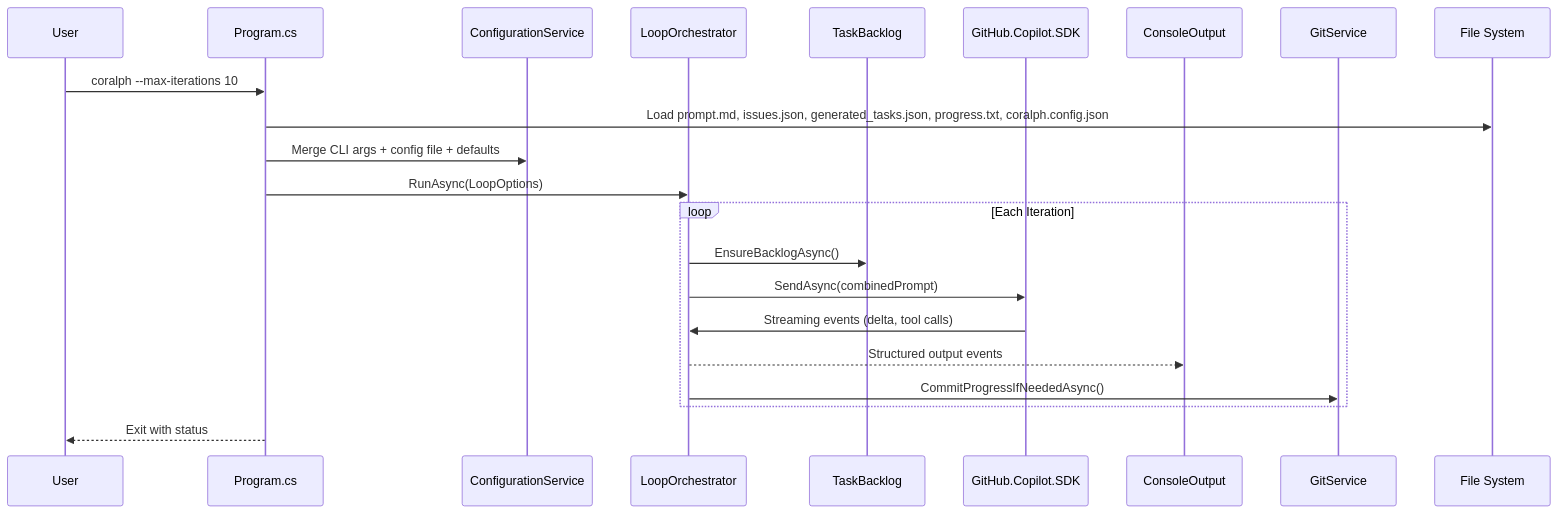
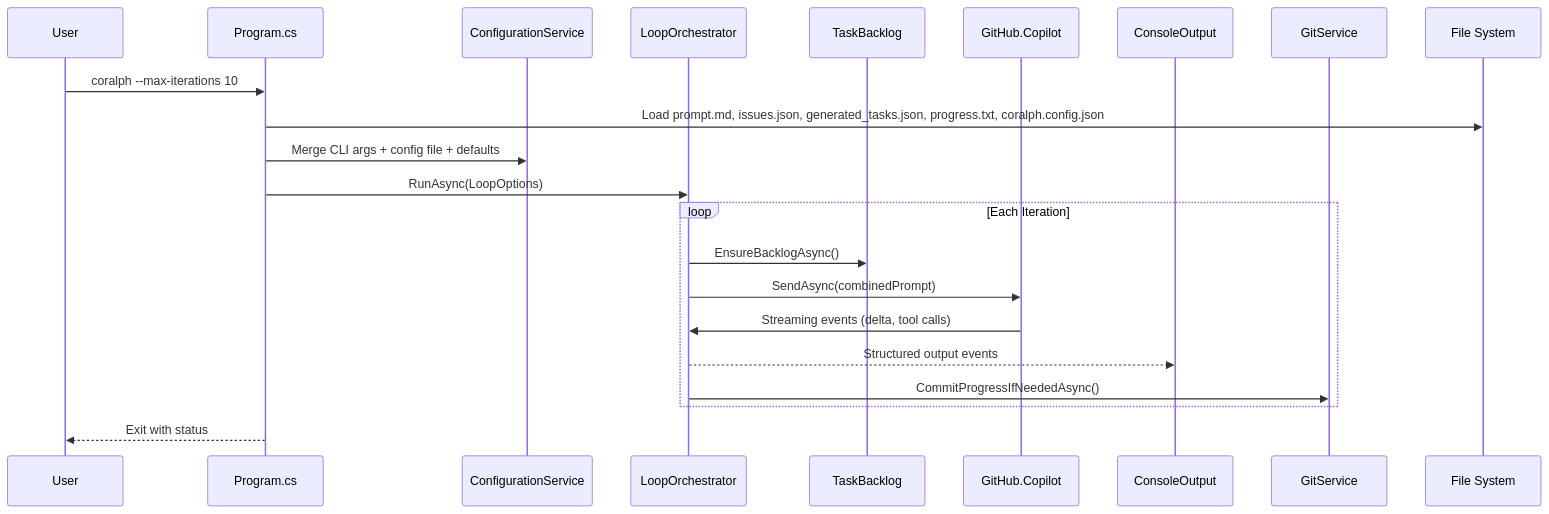
One commit to dariuszparys/coralph changed the second of 2 diagrams in docs/architecture.md. Above: the diagram before and after it, drawn with Mermaid. The commit also changed other lines of this file and 17 other files, not shown here.

First line of the commit message:
fix: update Copilot SDK to 1.0.0

````diff
--- a/docs/architecture.md
+++ b/docs/architecture.md
@@ -165,27 +165,27 @@
 ```mermaid
 sequenceDiagram
     participant User
     participant CLI as Program.cs
     participant Config as ConfigurationService
     participant Runner as LoopOrchestrator
     participant Tasks as TaskBacklog
-    participant SDK as GitHub.Copilot.SDK
+    participant SDK as GitHub.Copilot
     participant Output as ConsoleOutput
     participant Git as GitService
     participant Files as File System
 
     User->>CLI: coralph --max-iterations 10
     CLI->>Files: Load prompt.md, issues.json, generated_tasks.json, progress.txt, coralph.config.json
     CLI->>Config: Merge CLI args + config file + defaults
     CLI->>Runner: RunAsync(LoopOptions)
 
     loop Each Iteration
         Runner->>Tasks: EnsureBacklogAsync()
         Runner->>SDK: SendAsync(combinedPrompt)
         SDK->>Runner: Streaming events (delta, tool calls)
         Runner-->>Output: Structured output events
         Runner->>Git: CommitProgressIfNeededAsync()
     end
 
     CLI-->>User: Exit with status
 ```
````
